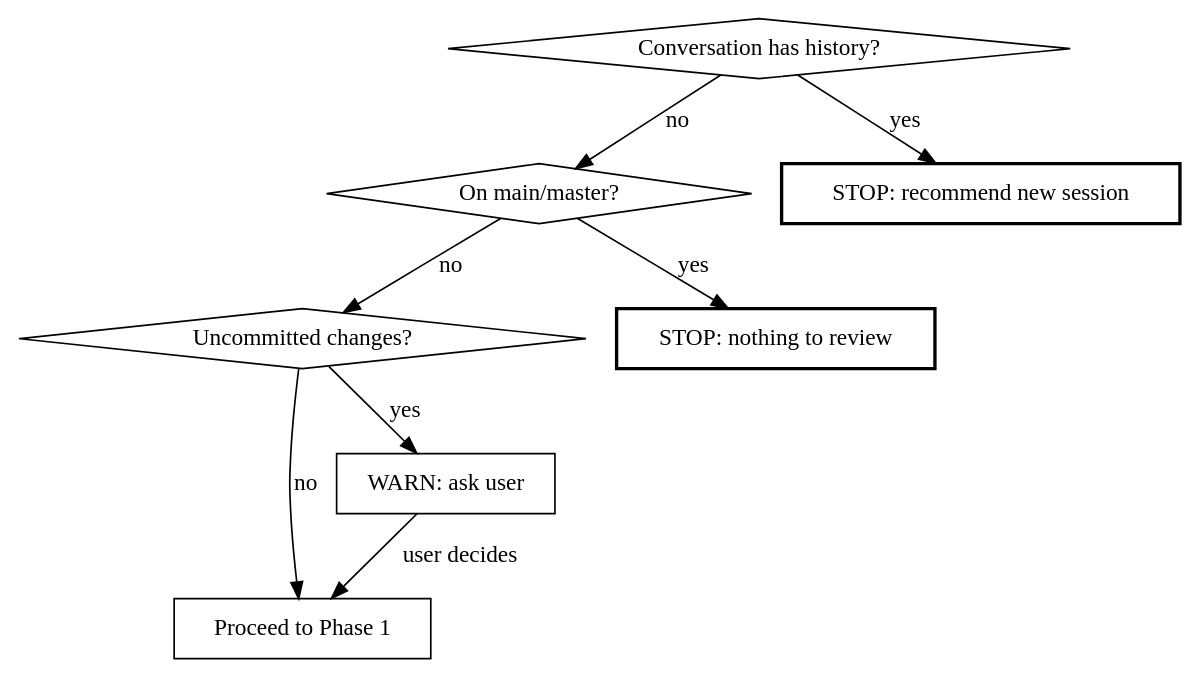
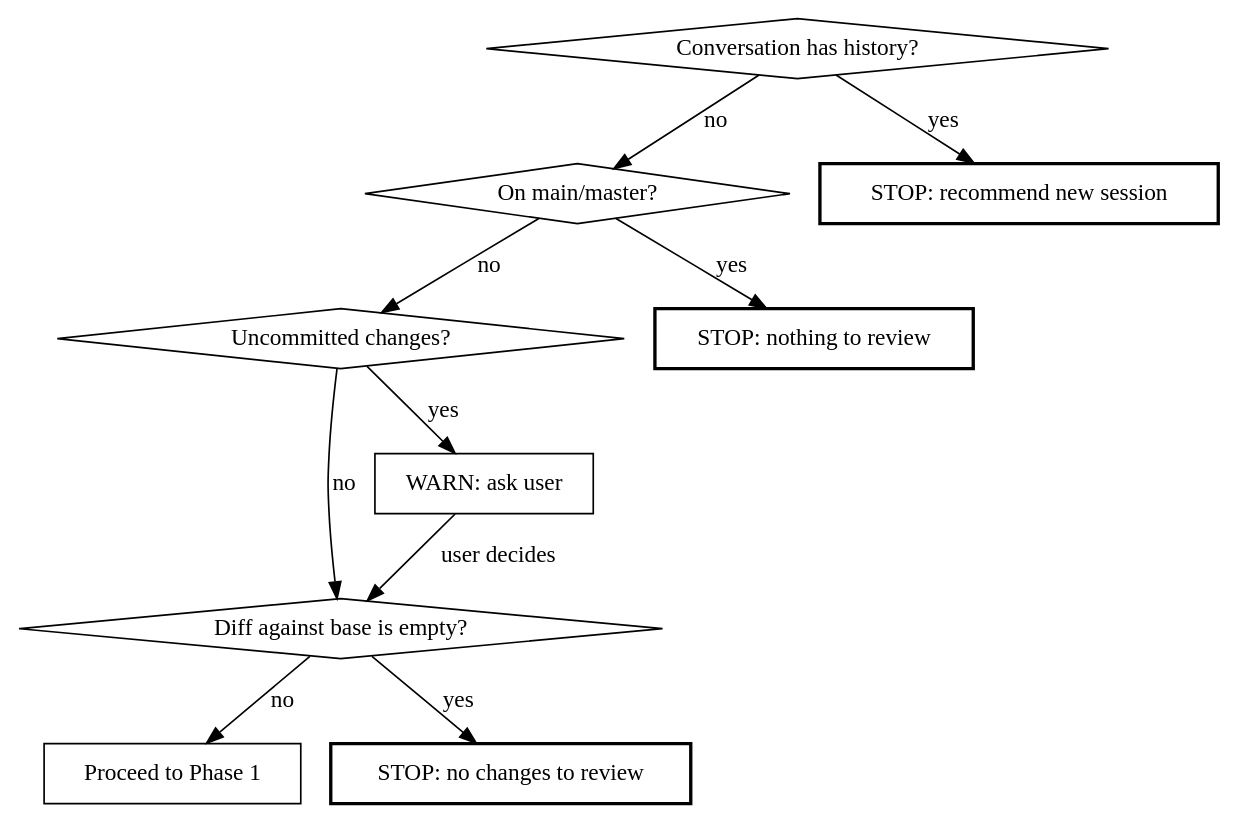
The second of 2 diagrams in plugins/paad/skills/agentic-review/SKILL.md (Ovid/paad), drawn with Graphviz before and after one commit. The commit also changed other lines of this file, not shown here.

Commit message:
agentic-review: arguments and pre-flight clarifications (S3, S4, S9)
- S4: When exactly one argument is given, disambiguate base branch vs path
  filter by shape (contains / or matches a path on disk = path filter;
  otherwise = base branch). Removes ambiguity around invocations like
  `/paad:agentic-review src/auth/`.
- S3: Note that the on-invocation announce fires before pre-flight, so the
  user still sees the skill version even when a pre-flight check stops the
  skill.
- S9: Add an empty-diff pre-flight check. A branch with zero commits ahead
  of base previously passed pre-flight, dispatched all specialists against
  an empty manifest, and produced a vacuous report. Now stops with
  "No changes to review on this branch." Digraph updated to match.

````diff
--- a/plugins/paad/skills/agentic-review/SKILL.md
+++ b/plugins/paad/skills/agentic-review/SKILL.md
@@ -82,19 +86,23 @@
 ```dot
 digraph preflight {
   "Conversation has history?" [shape=diamond];
   "On main/master?" [shape=diamond];
   "Uncommitted changes?" [shape=diamond];
+  "Diff against base is empty?" [shape=diamond];
   "Proceed to Phase 1" [shape=box];
   "STOP: recommend new session" [shape=box, style=bold];
   "STOP: nothing to review" [shape=box, style=bold];
+  "STOP: no changes to review" [shape=box, style=bold];
   "WARN: ask user" [shape=box];
 
   "Conversation has history?" -> "STOP: recommend new session" [label="yes"];
   "Conversation has history?" -> "On main/master?" [label="no"];
   "On main/master?" -> "STOP: nothing to review" [label="yes"];
   "On main/master?" -> "Uncommitted changes?" [label="no"];
   "Uncommitted changes?" -> "WARN: ask user" [label="yes"];
-  "Uncommitted changes?" -> "Proceed to Phase 1" [label="no"];
-  "WARN: ask user" -> "Proceed to Phase 1" [label="user decides"];
+  "Uncommitted changes?" -> "Diff against base is empty?" [label="no"];
+  "WARN: ask user" -> "Diff against base is empty?" [label="user decides"];
+  "Diff against base is empty?" -> "STOP: no changes to review" [label="yes"];
+  "Diff against base is empty?" -> "Proceed to Phase 1" [label="no"];
 }
 ```
````
